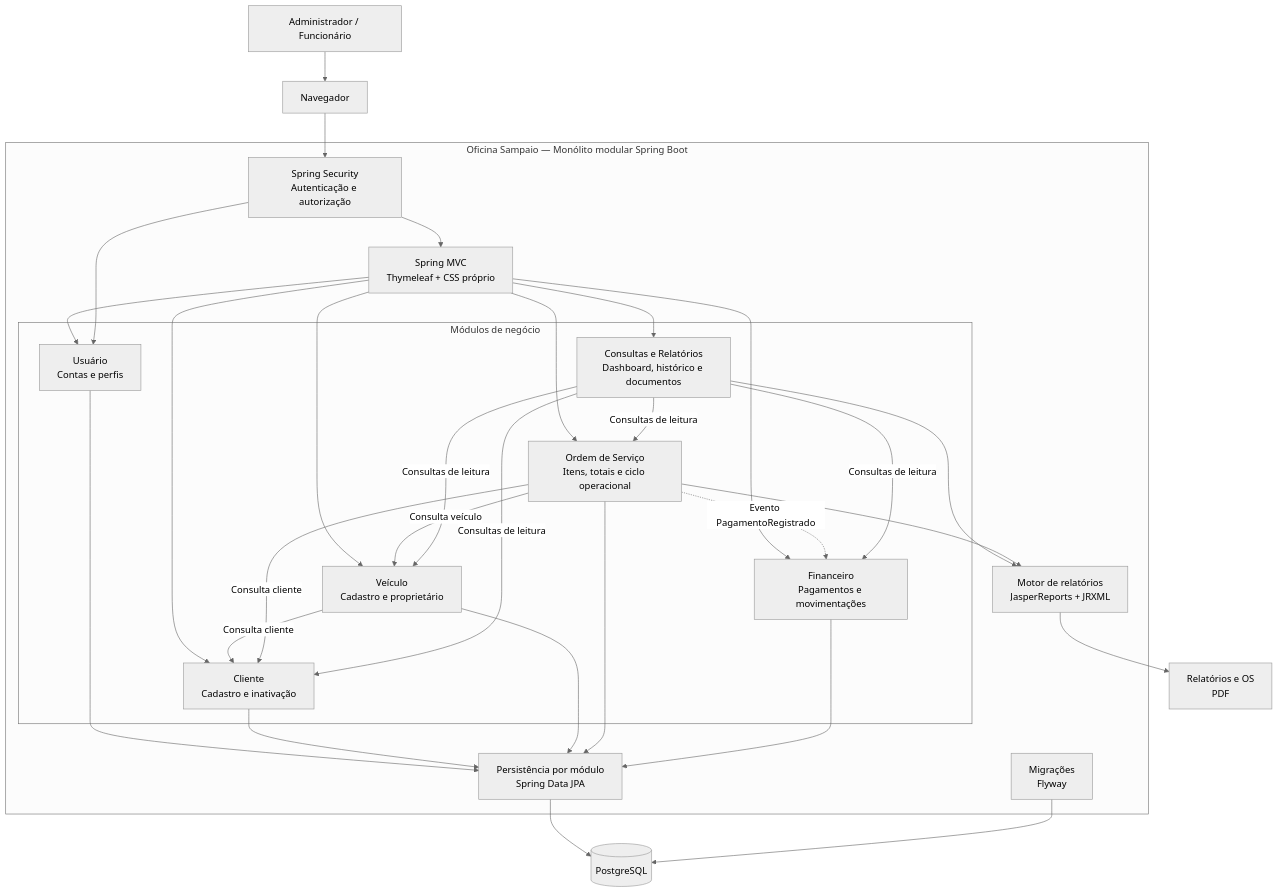
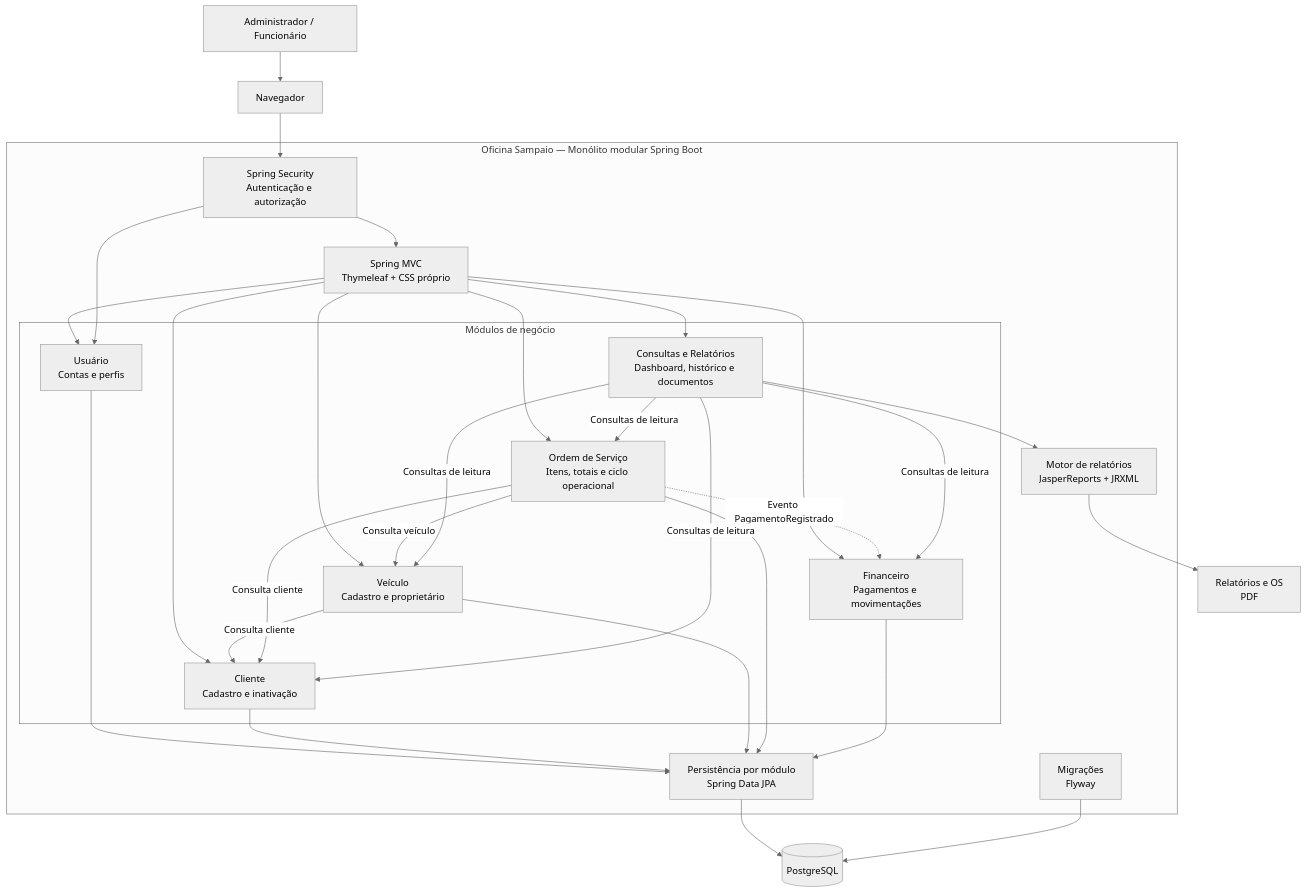
The first of 6 diagrams in docs/architecture.md (LeonardoAlvesDeSouza/oficina-sampaio), drawn with Mermaid (neutral theme) before and after one commit. The commit also changed other lines of this file and 45 other files, not shown here.

````diff
--- a/docs/architecture.md
+++ b/docs/architecture.md
@@ -10,52 +10,51 @@
 ```mermaid
 flowchart TB
     actor["Administrador / Funcionário"] --> browser["Navegador"]
     browser --> security["Spring Security<br/>Autenticação e autorização"]
 
     subgraph system["Oficina Sampaio — Monólito modular Spring Boot"]
         security --> web["Spring MVC<br/>Thymeleaf + CSS próprio"]
 
         subgraph modules["Módulos de negócio"]
             usuario["Usuário<br/>Contas e perfis"]
             cliente["Cliente<br/>Cadastro e inativação"]
             veiculo["Veículo<br/>Cadastro e proprietário"]
             ordem["Ordem de Serviço<br/>Itens, totais e ciclo operacional"]
             financeiro["Financeiro<br/>Pagamentos e movimentações"]
             relatorio["Consultas e Relatórios<br/>Dashboard, histórico e documentos"]
         end
 
         web --> usuario
         web --> cliente
         web --> veiculo
         web --> ordem
         web --> financeiro
         web --> relatorio
 
         security --> usuario
         veiculo -->|"Consulta cliente"| cliente
         ordem -->|"Consulta cliente"| cliente
         ordem -->|"Consulta veículo"| veiculo
         ordem -.->|"Evento PagamentoRegistrado"| financeiro
 
         relatorio -->|"Consultas de leitura"| cliente
         relatorio -->|"Consultas de leitura"| veiculo
         relatorio -->|"Consultas de leitura"| ordem
         relatorio -->|"Consultas de leitura"| financeiro
 
         persistence["Persistência por módulo<br/>Spring Data JPA"]
         migrations["Migrações<br/>Flyway"]
         jasper["Motor de relatórios<br/>JasperReports + JRXML"]
 
         usuario --> persistence
         cliente --> persistence
         veiculo --> persistence
         ordem --> persistence
         financeiro --> persistence
         relatorio --> jasper
-        ordem --> jasper
     end
 
     persistence --> database[("PostgreSQL")]
     migrations --> database
     jasper --> document["Relatórios e OS<br/>PDF"]
 ```
````
